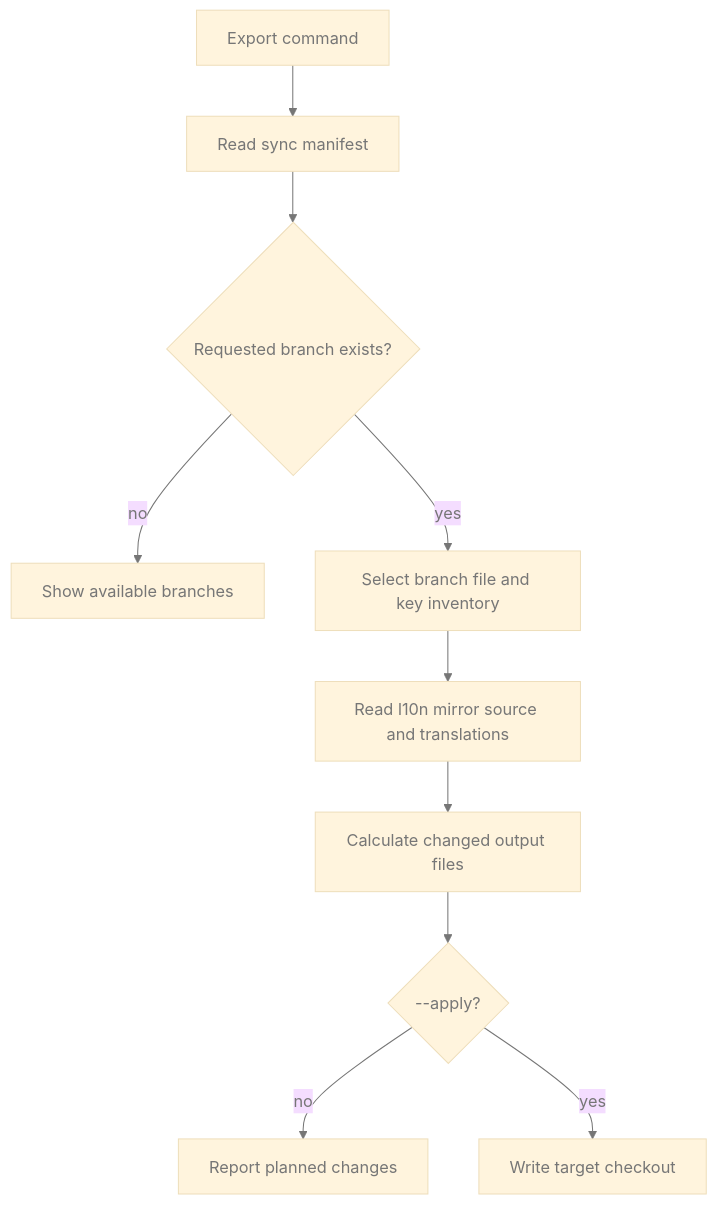
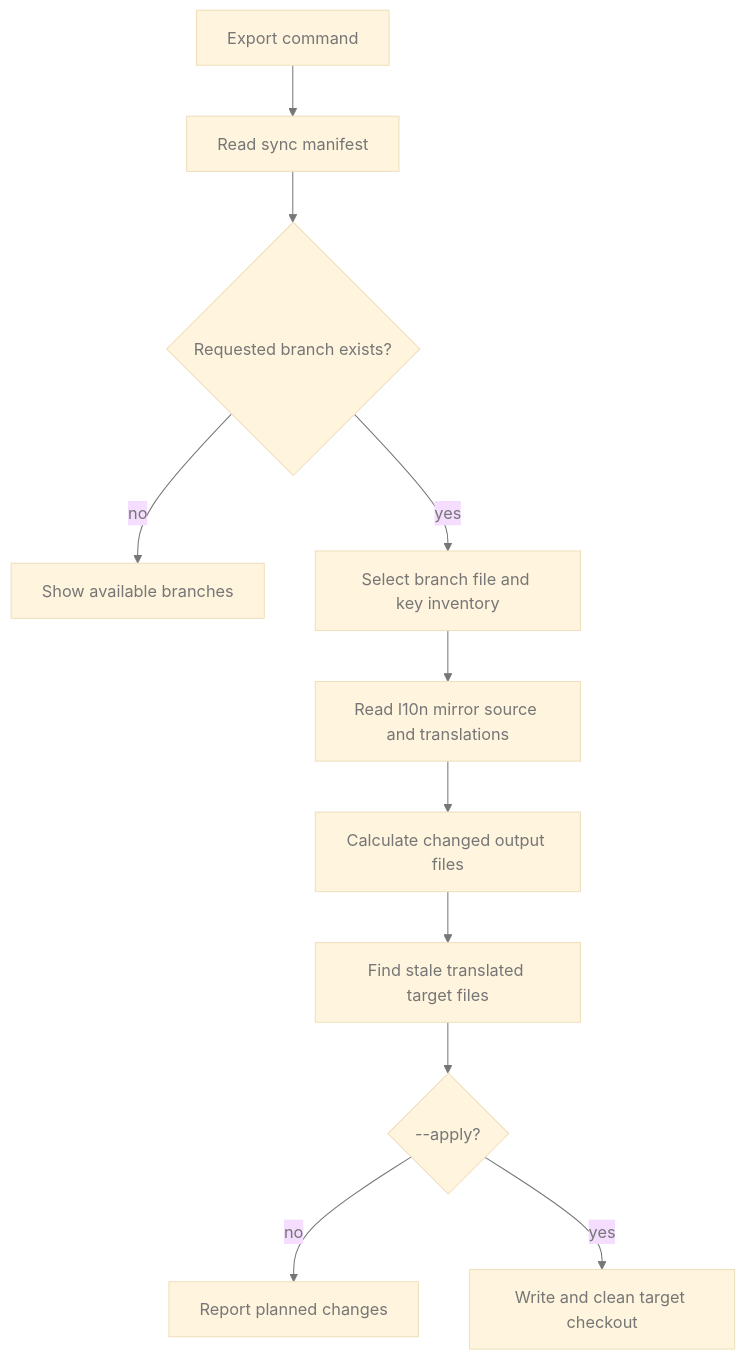
One commit to thunderbird/thunderbird-mobile-weblate changed the third of 3 diagrams in docs/architecture.md. Above: the diagram before and after it, drawn with Mermaid. The commit also changed other lines of this file and 14 other files, not shown here.

````diff
--- a/docs/architecture.md
+++ b/docs/architecture.md
@@ -108,13 +110,14 @@
 ```mermaid
 %%{init: {"theme": "base", "themeVariables": {"lineColor": "#767676", "textColor": "#767676", "primaryTextColor": "#767676", "secondaryTextColor": "#767676", "tertiaryTextColor": "#767676", "labelTextColor": "#767676", "actorLineColor": "#767676", "actorTextColor": "#767676", "signalColor": "#767676", "signalTextColor": "#767676"}}}%%
 flowchart TD
     Start[Export command] --> Read[Read sync manifest]
     Read --> Validate{Requested branch exists?}
     Validate -- no --> Error[Show available branches]
     Validate -- yes --> Select[Select branch file and key inventory]
     Select --> Mirror[Read l10n mirror source and translations]
     Mirror --> Compare[Calculate changed output files]
-    Compare --> Apply{--apply?}
+    Compare --> Cleanup[Find stale translated target files]
+    Cleanup --> Apply{--apply?}
     Apply -- no --> Plan[Report planned changes]
-    Apply -- yes --> Write[Write target checkout]
+    Apply -- yes --> Write[Write and clean target checkout]
 ```
````
